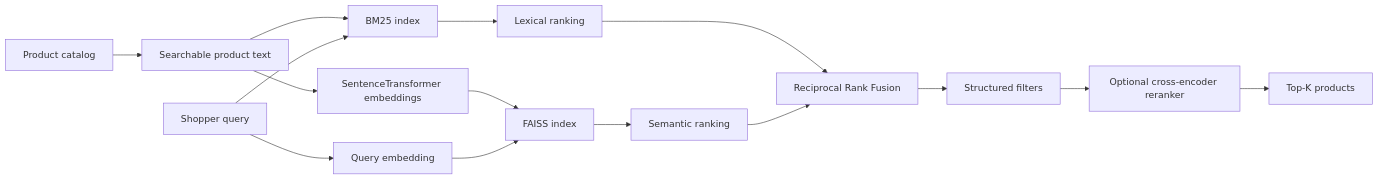
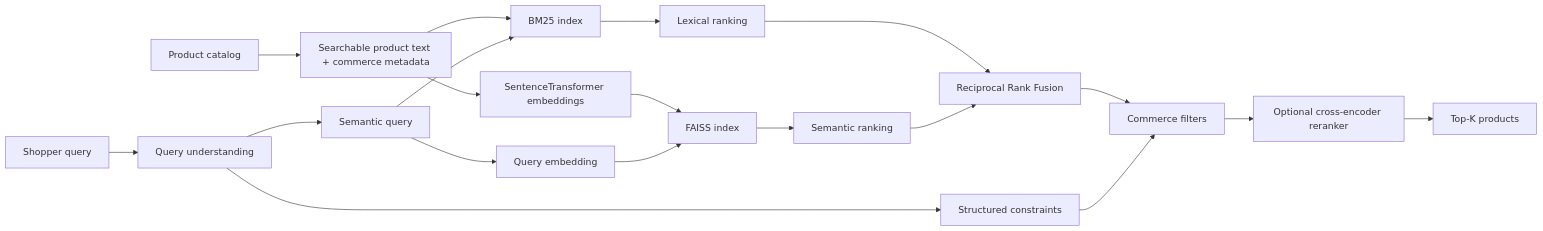
Before and after one commit to shruthiamruthnath/mytestapp: the diagram in README.md, drawn with Mermaid. The commit also changed other lines of this file, not shown here.

Commit message:
Document Phase 2 query understanding and measured benchmark design

````diff
--- a/README.md
+++ b/README.md
@@ -21,17 +28,21 @@
 ```mermaid
 flowchart LR
-    C[Product catalog] --> T[Searchable product text]
+    C[Product catalog] --> T[Searchable product text + commerce metadata]
+    Q[Shopper query] --> U[Query understanding]
+    U --> SQ[Semantic query]
+    U --> CF[Structured constraints]
     T --> B[BM25 index]
     T --> E[SentenceTransformer embeddings]
     E --> F[FAISS index]
-    Q[Shopper query] --> B
-    Q --> QE[Query embedding]
+    SQ --> B
+    SQ --> QE[Query embedding]
     QE --> F
     B --> BR[Lexical ranking]
     F --> SR[Semantic ranking]
     BR --> RRF[Reciprocal Rank Fusion]
     SR --> RRF
-    RRF --> FL[Structured filters]
+    RRF --> FL[Commerce filters]
+    CF --> FL
     FL --> RR[Optional cross-encoder reranker]
     RR --> K[Top-K products]
 ```
````
